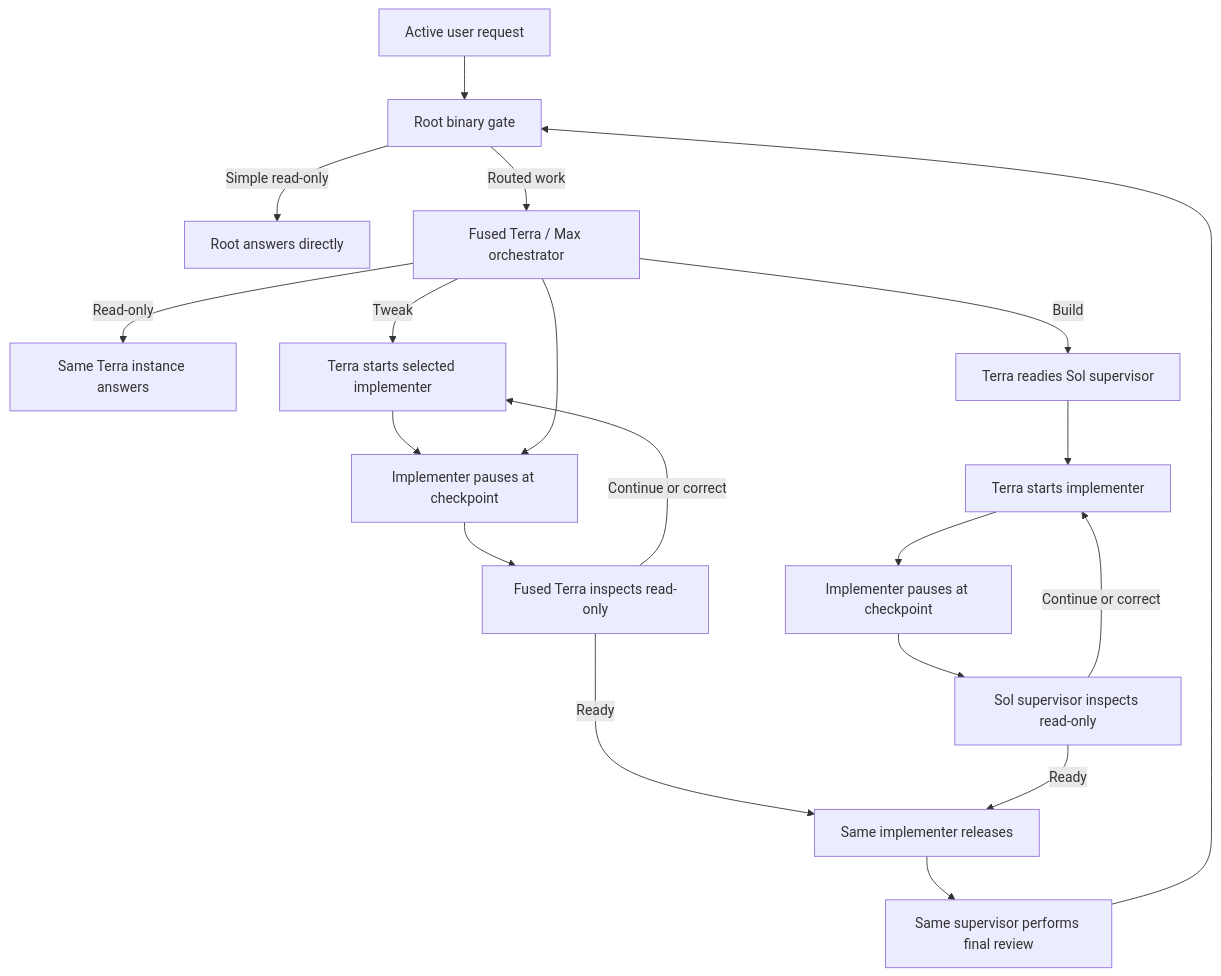
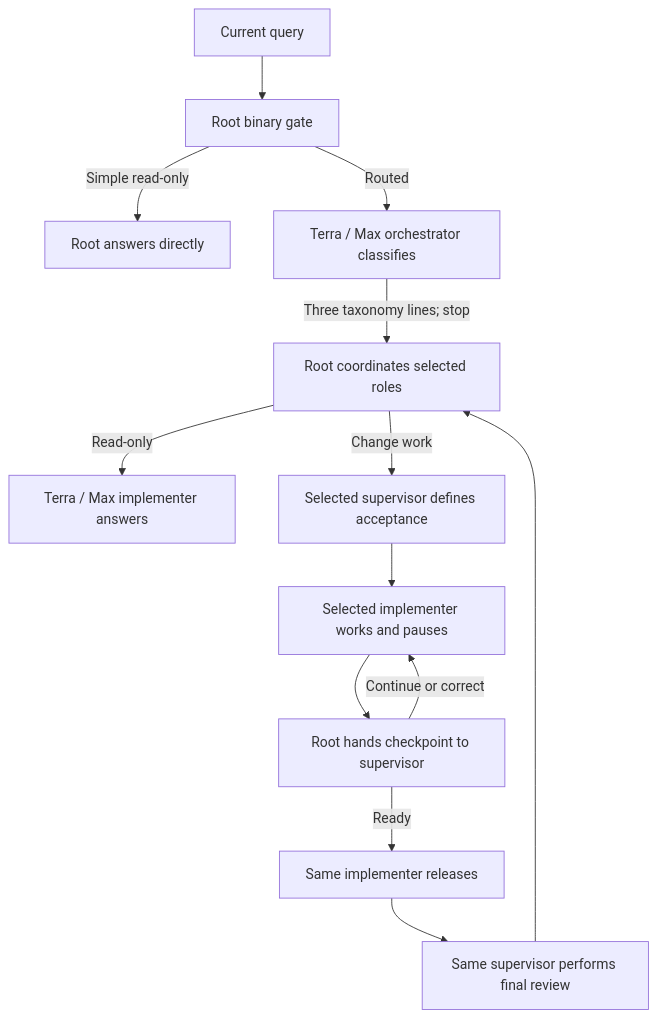
The diagram in README.md (jessejaffe/codex-orchestration), drawn with Mermaid before and after one commit. The commit also changed other lines of this file and 14 other files, not shown here.

````diff
--- a/README.md
+++ b/README.md
@@ -77,21 +56,15 @@
 ```mermaid
 flowchart TD
-    U["Active user request"] --> P["Root binary gate"]
-    P -->|"Simple read-only"| A["Root answers directly"]
-    P -->|"Routed work"| T["Fused Terra / Max orchestrator"]
-    T -->|"Read-only"| R["Same Terra instance answers"]
-    T -->|"Tweak"| I["Terra starts selected implementer"]
-    T -->|"Build"| S0["Terra readies Sol supervisor"]
-    S0 --> B["Terra starts implementer"]
-    I --> C["Implementer pauses at checkpoint"]
-    T --> C
-    B --> D["Implementer pauses at checkpoint"]
-    C --> V["Fused Terra inspects read-only"]
-    D --> S["Sol supervisor inspects read-only"]
-    V -->|"Continue or correct"| I
-    S -->|"Continue or correct"| B
-    V -->|"Ready"| X["Same implementer releases"]
-    S -->|"Ready"| X
+    U["Current query"] --> G["Root binary gate"]
+    G -->|"Simple read-only"| A["Root answers directly"]
+    G -->|"Routed"| O["Terra / Max orchestrator classifies"]
+    O -->|"Three taxonomy lines; stop"| R["Root coordinates selected roles"]
+    R -->|"Read-only"| RI["Terra / Max implementer answers"]
+    R -->|"Change work"| S["Selected supervisor defines acceptance"]
+    S --> I["Selected implementer works and pauses"]
+    I --> C["Root hands checkpoint to supervisor"]
+    C -->|"Continue or correct"| I
+    C -->|"Ready"| X["Same implementer releases"]
     X --> F["Same supervisor performs final review"]
-    F --> P
+    F --> R
 ```
````
